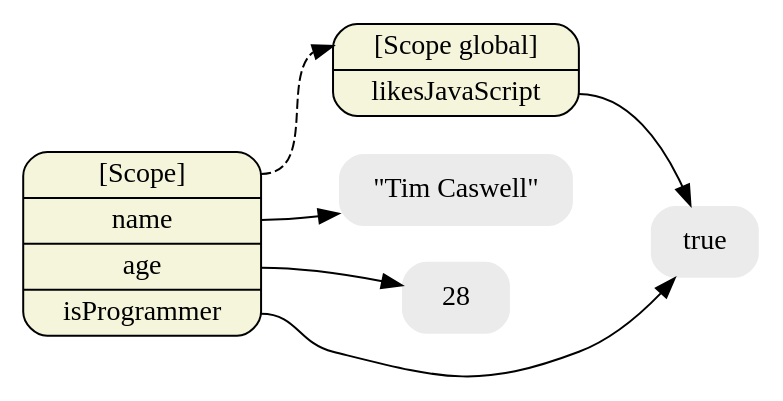
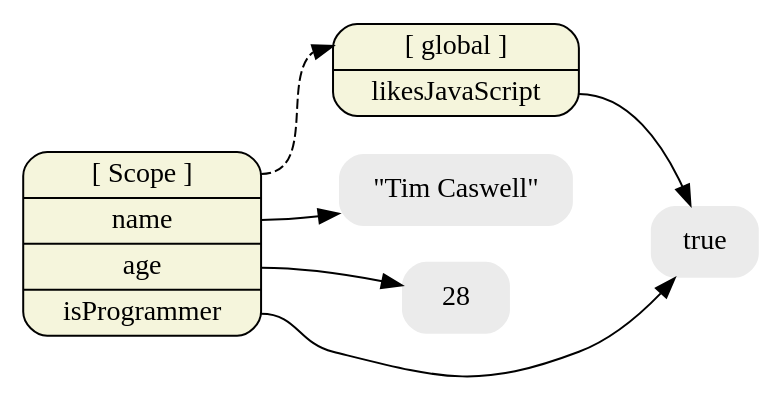
One commit to creationix/howtonode.org changed the diagram in articles/object-graphs/globals.dot. Above: the diagram before and after it, drawn with Graphviz. The commit also changed 5 other files, not shown here.

First line of the commit message:
Update the diagrams a little more.

```diff
--- a/articles/object-graphs/globals.dot
+++ b/articles/object-graphs/globals.dot
@@ -1,26 +1,26 @@
 digraph finite_state_machine {
   size="8,5"
   rankdir = "LR"
   
   /* Execution Contexts */
   node [shape=Mrecord, fillcolor=beige, style=filled];
-  top [label="<__proto__>[Scope]|<name>name|<age>age|<isProgrammer>isProgrammer"];
-  global [label="<__proto__>[Scope global]|<likesJavaScript>likesJavaScript"];
+  top [label="<__proto__>[ Scope ]|<name>name|<age>age|<isProgrammer>isProgrammer"];
+  global [label="<__proto__>[ global ]|<likesJavaScript>likesJavaScript"];
 
   /* Literals */
   node [shape = plaintext, fillcolor=gray92, style="filled,rounded"];
   timcaswell [label="\"Tim Caswell\""]
   n28 [label="28"]
   true [label="true"]
 
   /* References */
   top:name -> timcaswell;
   top:age -> n28;
   top:isProgrammer -> true;
   global:likesJavaScript -> true;
   
   /* Inheritance Chains */
   edge [style=dashed]
   top:__proto__ -> global:__proto__;
  
 }
```
